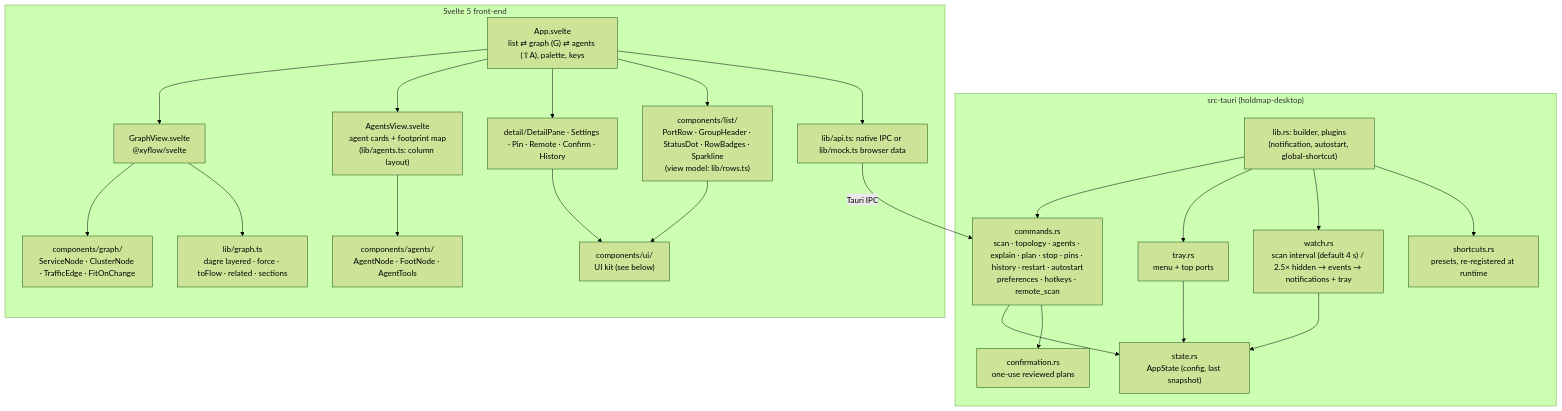
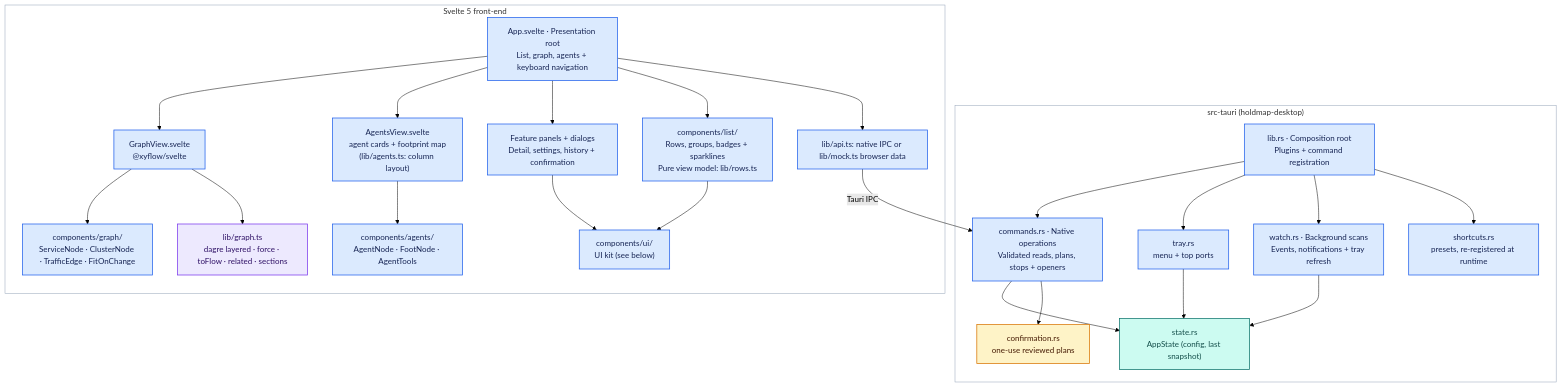
Before and after one commit to santoshshinde2012/holdmap: the seventh of 7 diagrams in docs/architecture.md, drawn with Mermaid (forest theme). The commit also changed other lines of this file and 29 other files, not shown here.

First line of the commit message:
Finalize security, architecture documentation and website SEO (#21)

````diff
--- a/docs/architecture.md
+++ b/docs/architecture.md
@@ -253,34 +409,48 @@
 ```mermaid
 flowchart TB
+  accTitle: Desktop UI and native backend components
+  accDescr: Svelte feature views compose a shared UI kit and pure view models. The API boundary calls validated Tauri commands, which own freshness and confirmation state.
   subgraph Rust["src-tauri (holdmap-desktop)"]
-    LIB["lib.rs: builder, plugins<br/>(notification, autostart, global-shortcut)"]
-    CMD["commands.rs<br/>scan · topology · agents · explain · plan · stop · pins · history · restart · autostart<br/>preferences · hotkeys · remote_scan"]
+    LIB["lib.rs · Composition root<br/>Plugins + command registration"]
+    CMD["commands.rs · Native operations<br/>Validated reads, plans, stops + openers"]
     ST["state.rs<br/>AppState (config, last snapshot)"]
     CF["confirmation.rs<br/>one-use reviewed plans"]
     TR["tray.rs<br/>menu + top ports"]
-    W["watch.rs<br/>scan interval (default 4 s) / 2.5× hidden → events → notifications + tray"]
+    W["watch.rs · Background scans<br/>Events, notifications + tray refresh"]
     SC["shortcuts.rs<br/>presets, re-registered at runtime"]
     LIB --> CMD & TR & W & SC
     CMD & TR & W --> ST
     CMD --> CF
   end
   subgraph UI["Svelte 5 front-end"]
-    APP["App.svelte<br/>list ⇄ graph (G) ⇄ agents (⇧A), palette, keys"]
+    APP["App.svelte · Presentation root<br/>List, graph, agents + keyboard navigation"]
     GV["GraphView.svelte<br/>@xyflow/svelte"]
     AV["AgentsView.svelte<br/>agent cards + footprint map<br/>(lib/agents.ts: column layout)"]
     NODES["components/graph/<br/>ServiceNode · ClusterNode · TrafficEdge · FitOnChange"]
     AGNODES["components/agents/<br/>AgentNode · FootNode · AgentTools"]
     LG["lib/graph.ts<br/>dagre layered · force · toFlow · related · sections"]
-    OTHER["detail/DetailPane · Settings · Pin · Remote · Confirm · History"]
-    LIST["components/list/<br/>PortRow · GroupHeader · StatusDot · RowBadges · Sparkline<br/>(view model: lib/rows.ts)"]
+    OTHER["Feature panels + dialogs<br/>Detail, settings, history + confirmation"]
+    LIST["components/list/<br/>Rows, groups, badges + sparklines<br/>Pure view model: lib/rows.ts"]
     KIT["components/ui/<br/>UI kit (see below)"]
     API["lib/api.ts: native IPC or lib/mock.ts browser data"]
     APP --> GV --> NODES
     APP --> AV --> AGNODES
     GV --> LG
     APP --> OTHER --> KIT
     APP --> LIST --> KIT
     APP --> API
   end
   API -- "Tauri IPC" --> CMD
+
+  style Rust fill:transparent,stroke:#94A3B8,stroke-width:1px
+  style UI fill:transparent,stroke:#94A3B8,stroke-width:1px
+
+  classDef surface fill:#DBEAFE,stroke:#2563EB,color:#172554,stroke-width:1.5px
+  classDef domain fill:#EDE9FE,stroke:#7C3AED,color:#2E1065,stroke-width:1.5px
+  classDef safety fill:#FEF3C7,stroke:#D97706,color:#451A03,stroke-width:1.5px
+  classDef data fill:#CCFBF1,stroke:#0F766E,color:#134E4A,stroke-width:1.5px
+  class LIB,CMD,TR,W,SC,APP,GV,AV,NODES,AGNODES,OTHER,LIST,KIT,API surface
+  class LG domain
+  class CF safety
+  class ST data
 ```
````
